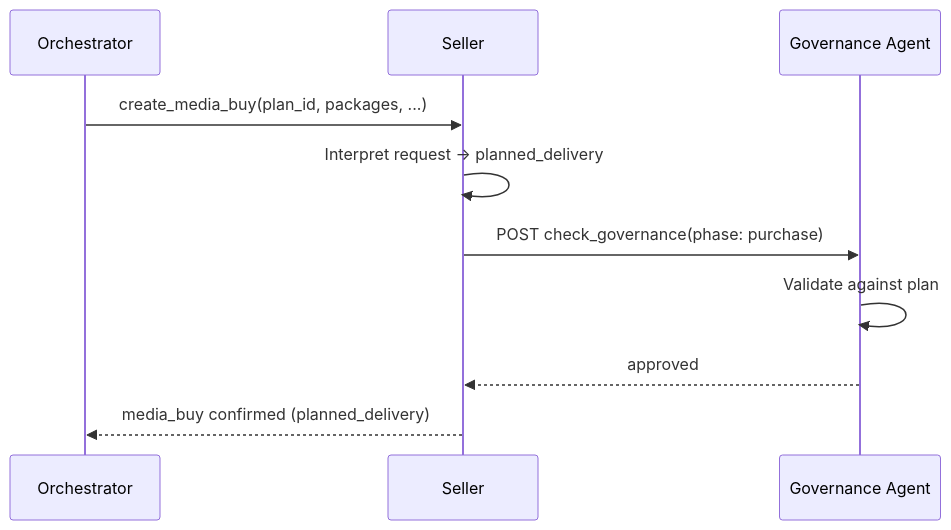
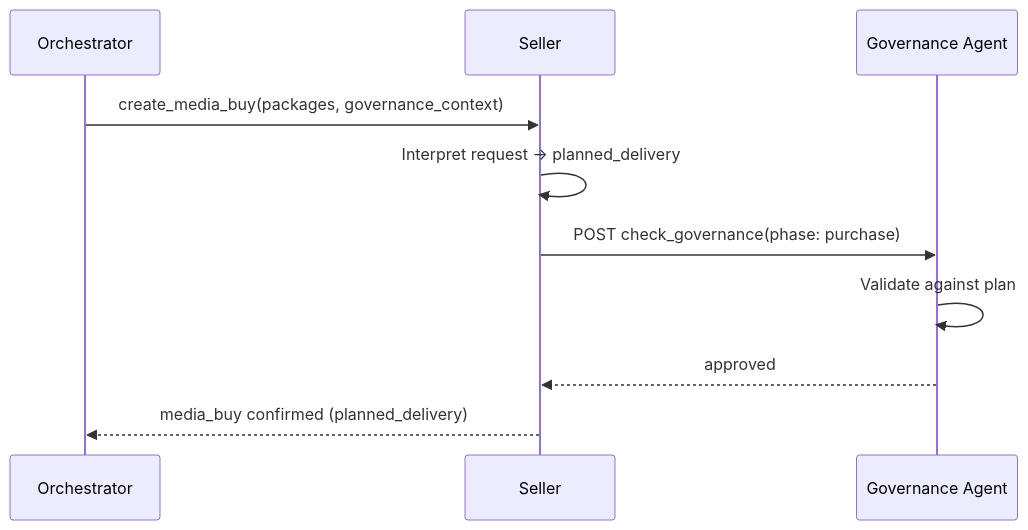
The first of 4 diagrams in docs/governance/campaign/specification.mdx (adcontextprotocol/adcp), drawn with Mermaid before and after one commit. The commit also changed other lines of this file and 78 other files, not shown here.

````diff
--- a/docs/governance/campaign/specification.mdx
+++ b/docs/governance/campaign/specification.mdx
@@ -819,13 +843,13 @@
 ```mermaid
 sequenceDiagram
     participant O as Orchestrator
     participant S as Seller
     participant A as Governance Agent
 
-    O->>S: create_media_buy(plan_id, packages, ...)
+    O->>S: create_media_buy(packages, governance_context)
     S->>S: Interpret request → planned_delivery
     S->>A: POST check_governance(phase: purchase)
     A->>A: Validate against plan
     A-->>S: approved
     S-->>O: media_buy confirmed (planned_delivery)
 ```
````
